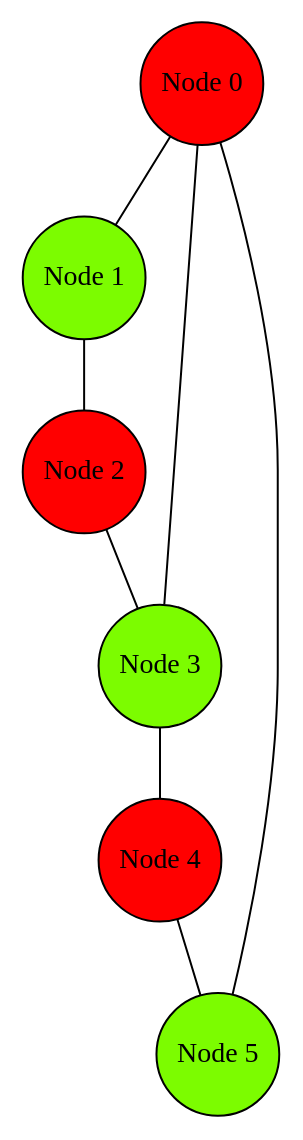
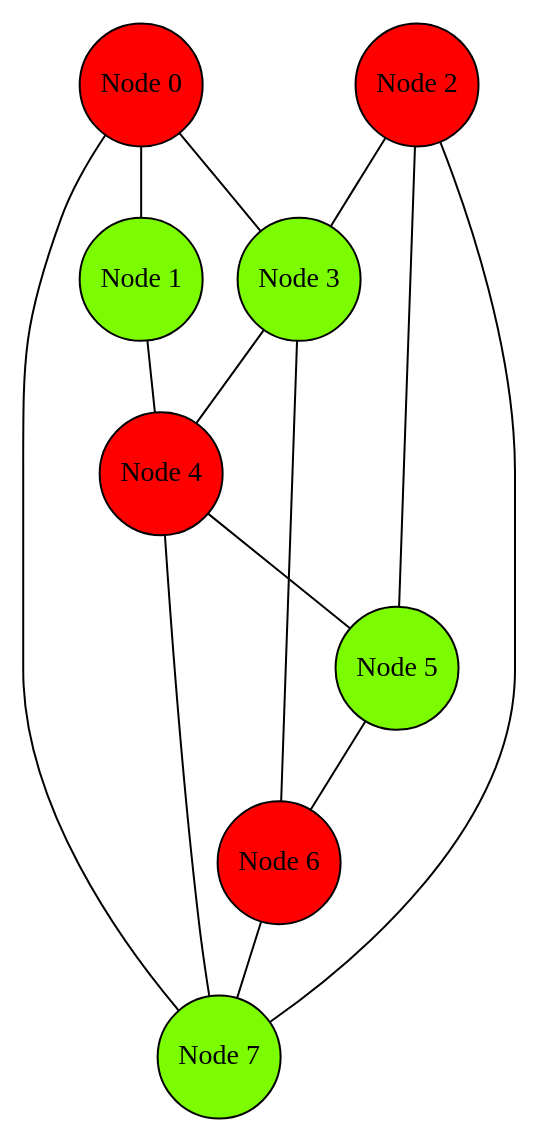
The diagram in graph.gv (AlexanderSenchenko/Graph_coloring), drawn with Graphviz before and after one commit. The commit also changed 3 other files, not shown here.

```diff
--- a/graph.gv
+++ b/graph.gv
@@ -1,19 +1,27 @@
 digraph HelloGraph {
 	node [shape="circle", style="filled", margin="0.01"];
 	edge [dir="none"];
 
 	"Node 0" [fillcolor="red"]
 	"Node 1" [fillcolor="lawngreen"]
 	"Node 2" [fillcolor="red"]
 	"Node 3" [fillcolor="lawngreen"]
 	"Node 4" [fillcolor="red"]
 	"Node 5" [fillcolor="lawngreen"]
+	"Node 6" [fillcolor="red"]
+	"Node 7" [fillcolor="lawngreen"]
 
 	"Node 0" -> "Node 1";
 	"Node 0" -> "Node 3";
-	"Node 0" -> "Node 5";
-	"Node 1" -> "Node 2";
+	"Node 0" -> "Node 7";
+	"Node 1" -> "Node 4";
 	"Node 2" -> "Node 3";
+	"Node 2" -> "Node 5";
+	"Node 2" -> "Node 7";
 	"Node 3" -> "Node 4";
+	"Node 3" -> "Node 6";
 	"Node 4" -> "Node 5";
+	"Node 4" -> "Node 7";
+	"Node 5" -> "Node 6";
+	"Node 6" -> "Node 7";
 }
```
